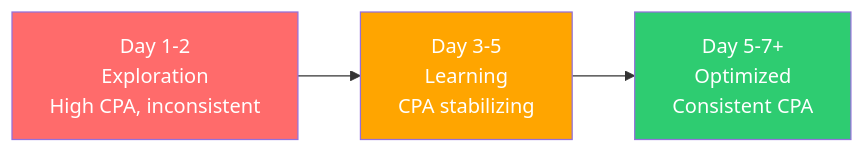
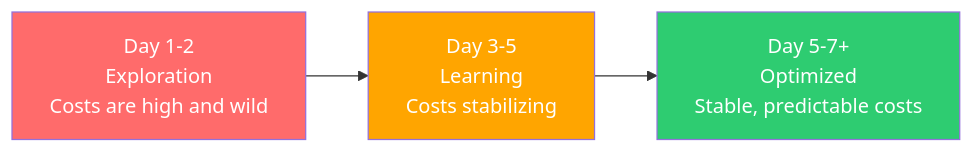
The second of 2 diagrams in concepts/bidding-and-budget.mdx (saanghyuk/ship-your-ads), drawn with Mermaid before and after one commit. The commit also changed other lines of this file and 47 other files, not shown here.

````diff
--- a/concepts/bidding-and-budget.mdx
+++ b/concepts/bidding-and-budget.mdx
@@ -373,9 +327,9 @@
 ```mermaid
 graph LR
-    A["Day 1-2<br/>Exploration<br/>High CPA, inconsistent"] --> B["Day 3-5<br/>Learning<br/>CPA stabilizing"]
-    B --> C["Day 5-7+<br/>Optimized<br/>Consistent CPA"]
+    A["Day 1-2<br/>Exploration<br/>Costs are high and wild"] --> B["Day 3-5<br/>Learning<br/>Costs stabilizing"]
+    B --> C["Day 5-7+<br/>Optimized<br/>Stable, predictable costs"]
 
     style A fill:#FF6B6B,color:#fff
     style B fill:#FFA500,color:#fff
     style C fill:#2ECC71,color:#fff
 ```
````
